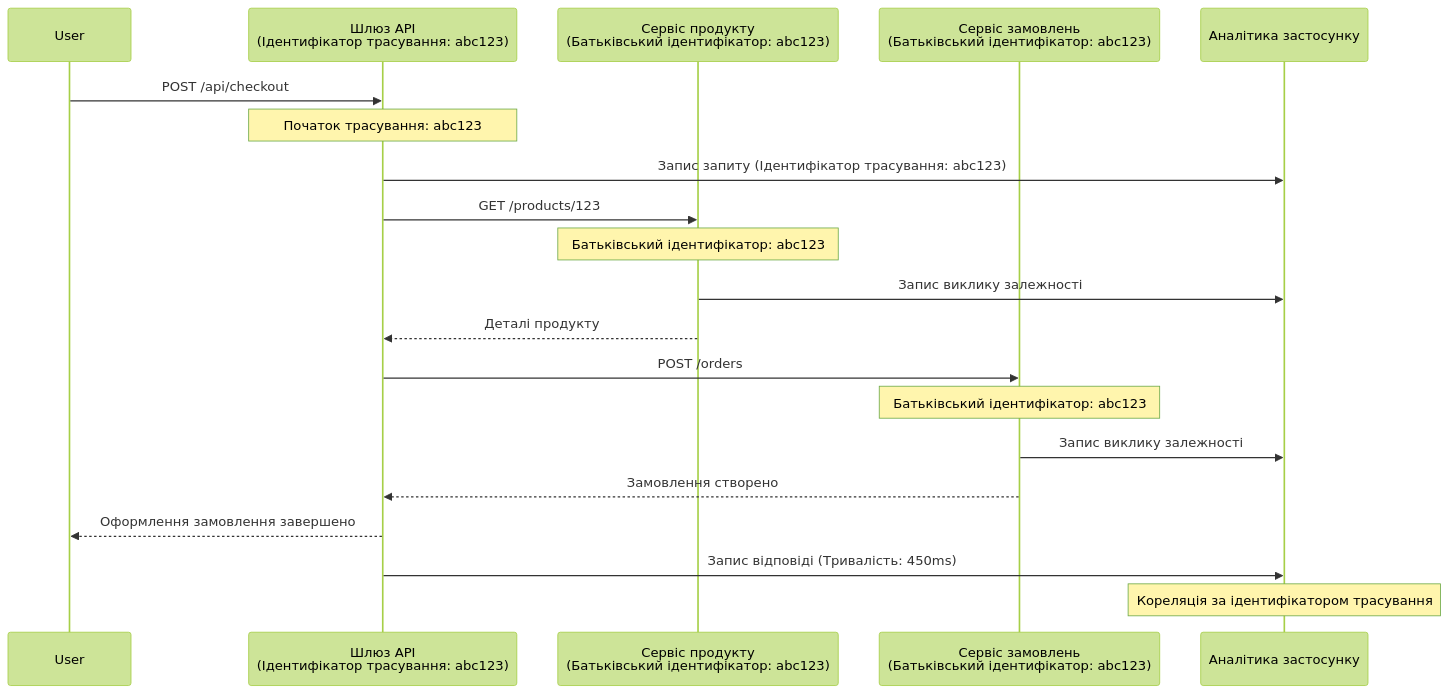
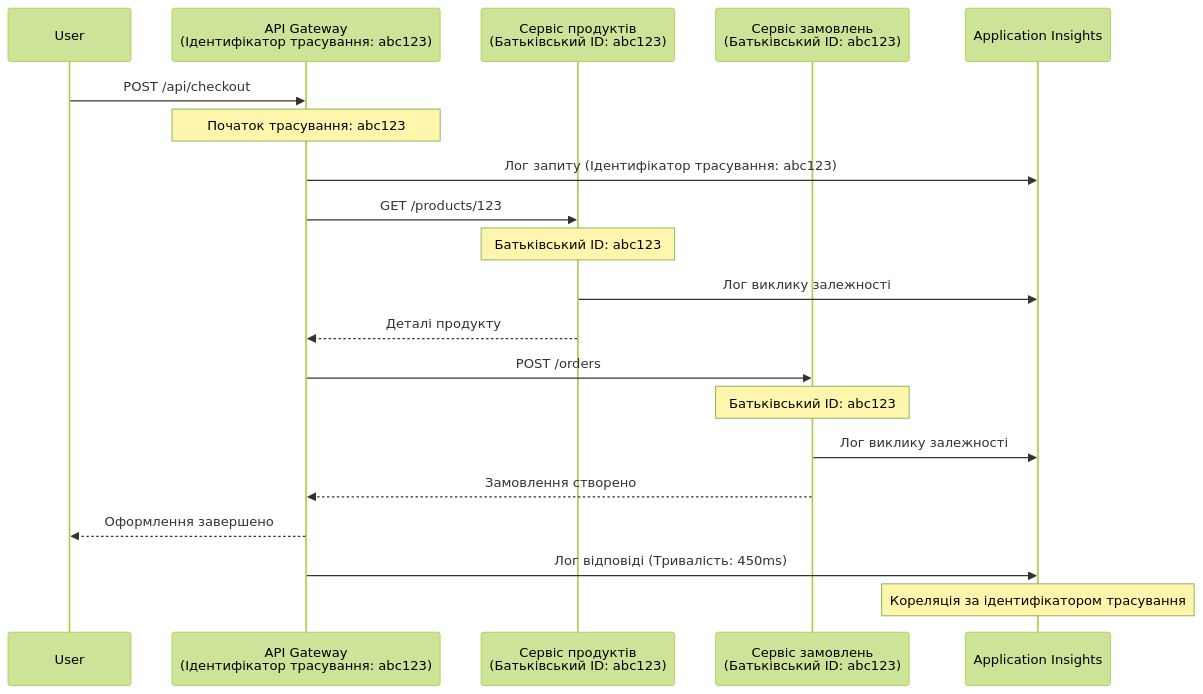
The second of 2 diagrams in translations/uk/docs/chapter-06-pre-deployment/application-insights.md (microsoft/AZD-for-beginners), drawn with Mermaid (forest theme) before and after one commit. The commit also changed other lines of this file and 101 other files, not shown here.

````diff
--- a/translations/uk/docs/chapter-06-pre-deployment/application-insights.md
+++ b/translations/uk/docs/chapter-06-pre-deployment/application-insights.md
@@ -744,27 +744,27 @@
 ```mermaid
 sequenceDiagram
     participant User
-    participant Gateway as Шлюз API<br/>(Ідентифікатор трасування: abc123)
-    participant Product as Сервіс продукту<br/>(Батьківський ідентифікатор: abc123)
-    participant Order as Сервіс замовлень<br/>(Батьківський ідентифікатор: abc123)
-    participant AppInsights as Аналітика застосунку
+    participant Gateway as API Gateway<br/>(Ідентифікатор трасування: abc123)
+    participant Product as Сервіс продуктів<br/>(Батьківський ID: abc123)
+    participant Order as Сервіс замовлень<br/>(Батьківський ID: abc123)
+    participant AppInsights as Application Insights
     
     User->>Gateway: POST /api/checkout
     Note over Gateway: Початок трасування: abc123
-    Gateway->>AppInsights: Запис запиту (Ідентифікатор трасування: abc123)
+    Gateway->>AppInsights: Лог запиту (Ідентифікатор трасування: abc123)
     
     Gateway->>Product: GET /products/123
-    Note over Product: Батьківський ідентифікатор: abc123
-    Product->>AppInsights: Запис виклику залежності
+    Note over Product: Батьківський ID: abc123
+    Product->>AppInsights: Лог виклику залежності
     Product-->>Gateway: Деталі продукту
     
     Gateway->>Order: POST /orders
-    Note over Order: Батьківський ідентифікатор: abc123
-    Order->>AppInsights: Запис виклику залежності
+    Note over Order: Батьківський ID: abc123
+    Order->>AppInsights: Лог виклику залежності
     Order-->>Gateway: Замовлення створено
     
-    Gateway-->>User: Оформлення замовлення завершено
-    Gateway->>AppInsights: Запис відповіді (Тривалість: 450ms)
+    Gateway-->>User: Оформлення завершено
+    Gateway->>AppInsights: Лог відповіді (Тривалість: 450ms)
     
     Note over AppInsights: Кореляція за ідентифікатором трасування
 ```
````
